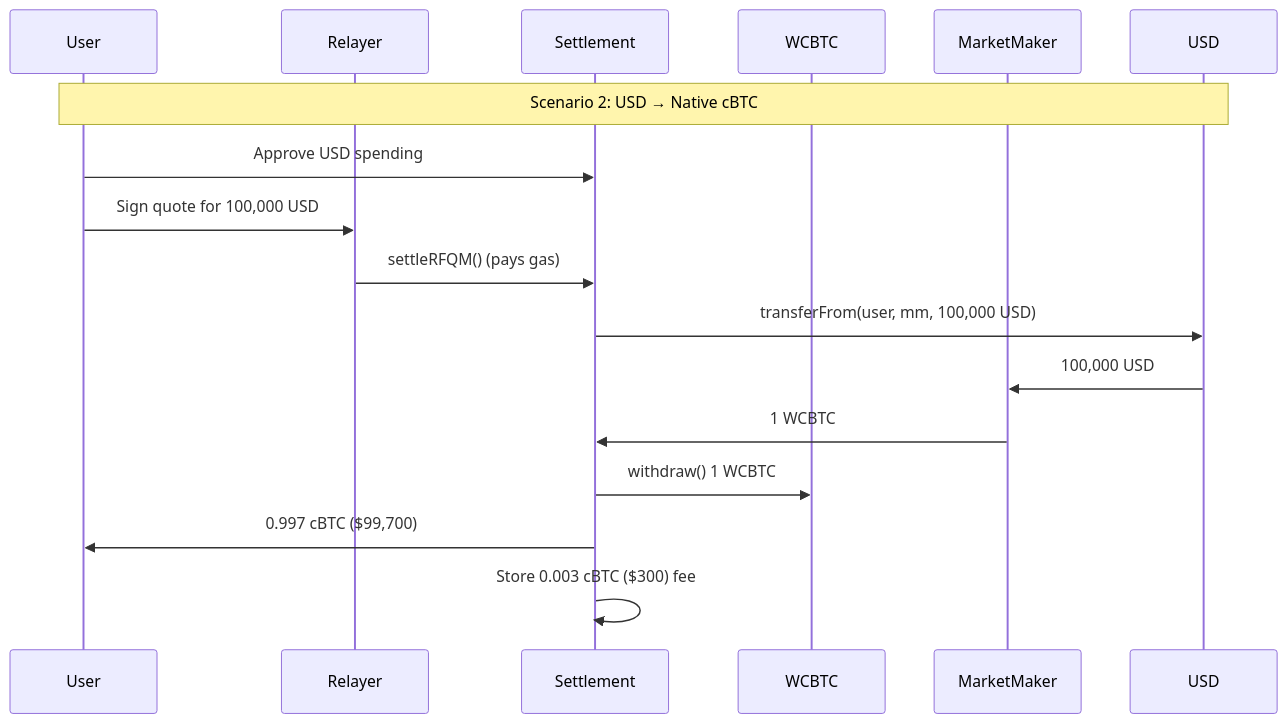
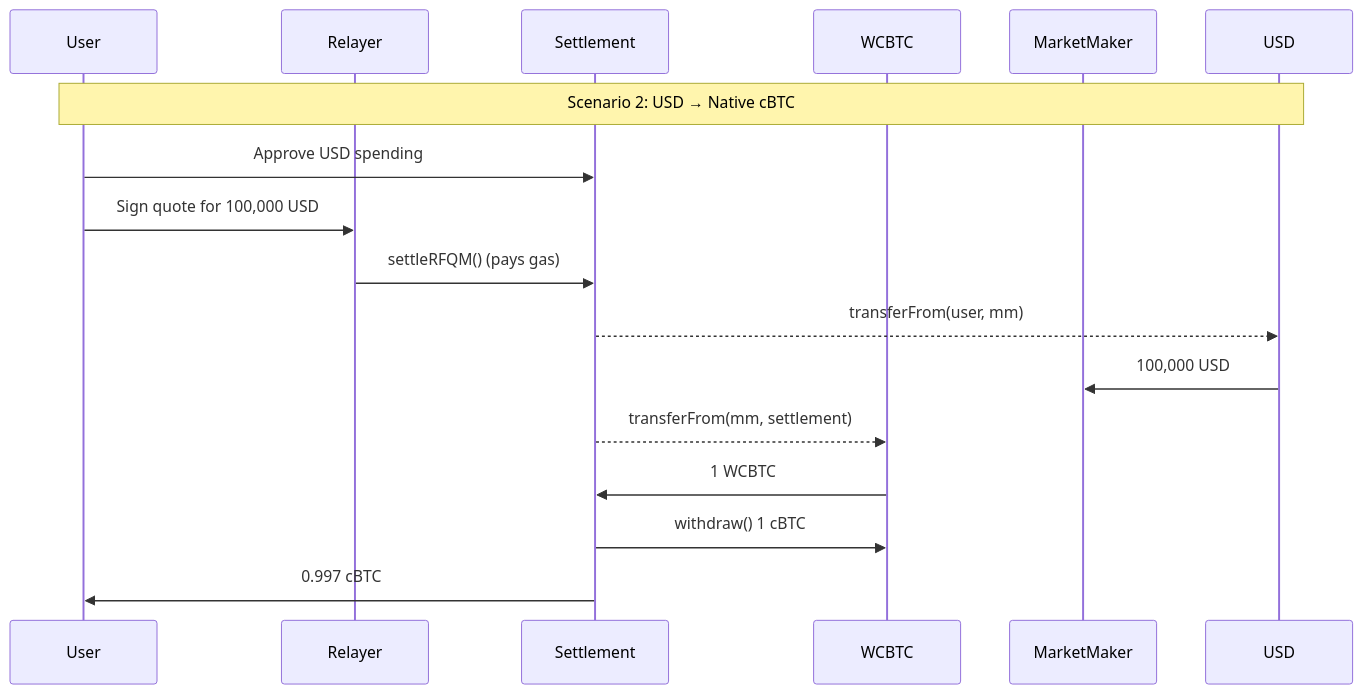
One commit to crest-bitcoin/docs changed the third of 4 diagrams in trading/rfqm.mdx. Above: the diagram before and after it, drawn with Mermaid. The commit also changed other lines of this file and 2 other files, not shown here.

````diff
--- a/trading/rfqm.mdx
+++ b/trading/rfqm.mdx
@@ -94,20 +95,20 @@
 ```mermaid
 sequenceDiagram
     participant User
     participant Relayer
     participant Settlement
     participant WCBTC
     participant MarketMaker
     participant USD
 
     Note over User,USD: Scenario 2: USD → Native cBTC
     User->>Settlement: Approve USD spending
     User->>Relayer: Sign quote for 100,000 USD
     Relayer->>Settlement: settleRFQM() (pays gas)
-    Settlement->>USD: transferFrom(user, mm, 100,000 USD)
+    Settlement-->>USD: transferFrom(user, mm)
     USD->>MarketMaker: 100,000 USD
-    MarketMaker->>Settlement: 1 WCBTC
-    Settlement->>WCBTC: withdraw() 1 WCBTC
-    Settlement->>User: 0.997 cBTC ($99,700)
-    Settlement->>Settlement: Store 0.003 cBTC ($300) fee
+    Settlement-->>WCBTC: transferFrom(mm, settlement)
+    WCBTC->>Settlement: 1 WCBTC
+    Settlement->>WCBTC: withdraw() 1 cBTC
+    Settlement->>User: 0.997 cBTC
 ```
````
